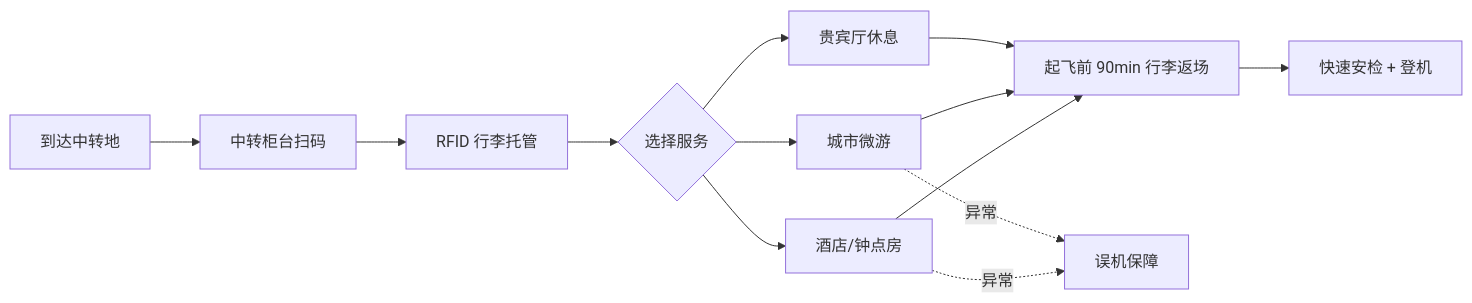
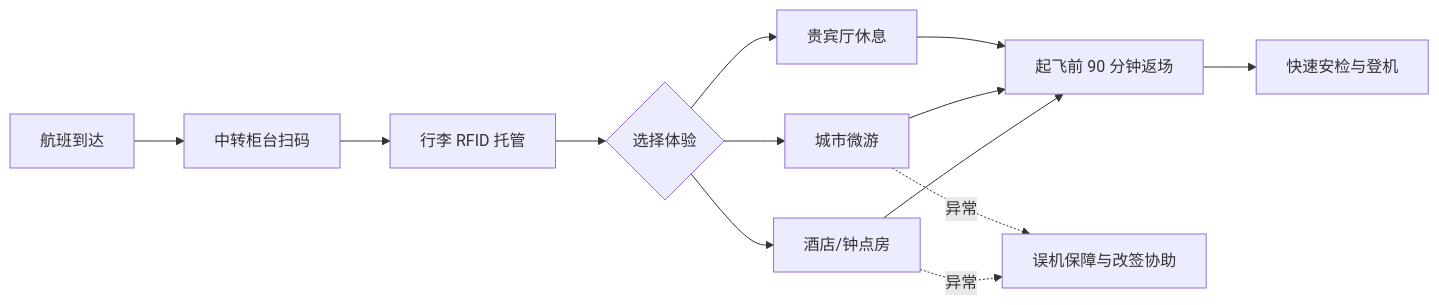
Before and after one commit to PolarTechJordan/stopover: the first of 2 diagrams in README.md, drawn with Mermaid. The commit also changed other lines of this file and 3 other files, not shown here.

````diff
--- a/README.md
+++ b/README.md
@@ -69,15 +39,15 @@
 ```mermaid
 flowchart LR
-  A["到达中转地"] --> B["中转柜台扫码"]
-  B --> C["RFID 行李托管"]
-  C --> D{"选择服务"}
+  A["航班到达"] --> B["中转柜台扫码"]
+  B --> C["行李 RFID 托管"]
+  C --> D{"选择体验"}
   D --> E["贵宾厅休息"]
   D --> F["城市微游"]
   D --> G["酒店/钟点房"]
-  E --> H["起飞前 90min 行李返场"]
+  E --> H["起飞前 90 分钟返场"]
   F --> H
   G --> H
-  H --> I["快速安检 + 登机"]
-  F -.异常.-> J["误机保障"]
+  H --> I["快速安检与登机"]
+  F -.异常.-> J["误机保障与改签协助"]
   G -.异常.-> J
 ```
````
